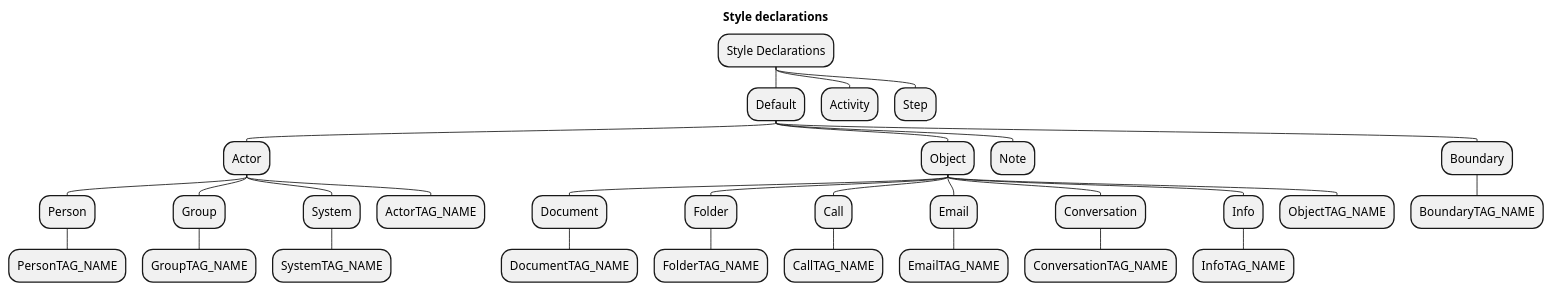
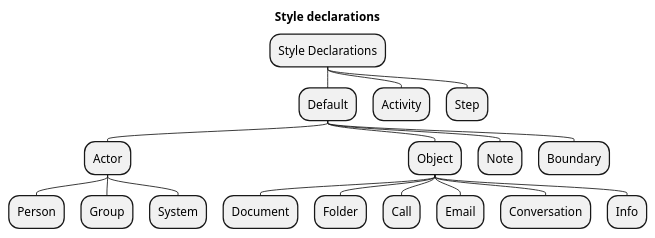
The diagram in docs/puml/stylePropertyHierarchy.puml (johthor/DomainStory-PlantUML), drawn with PlantUML before and after one commit. The commit also changed 2 other files, not shown here.

```diff
--- a/docs/puml/stylePropertyHierarchy.puml
+++ b/docs/puml/stylePropertyHierarchy.puml
@@ -1,36 +1,23 @@
 @startmindmap
 top to bottom direction
 
 title Style declarations
 
 * Style Declarations
 ** Default
 *** Actor
 **** Person
-***** PersonTAG_NAME
 **** Group
-***** GroupTAG_NAME
 **** System
-***** SystemTAG_NAME
-**** ActorTAG_NAME
 *** Object
 **** Document
-***** DocumentTAG_NAME
 **** Folder
-***** FolderTAG_NAME
 **** Call
-***** CallTAG_NAME
 **** Email
-***** EmailTAG_NAME
 **** Conversation
-***** ConversationTAG_NAME
 **** Info
-***** InfoTAG_NAME
-**** ObjectTAG_NAME
 *** Note
 *** Boundary
-**** BoundaryTAG_NAME
 ** Activity
-'*** ActivityTAG_NAME
 ** Step
 @endmindmap
```
